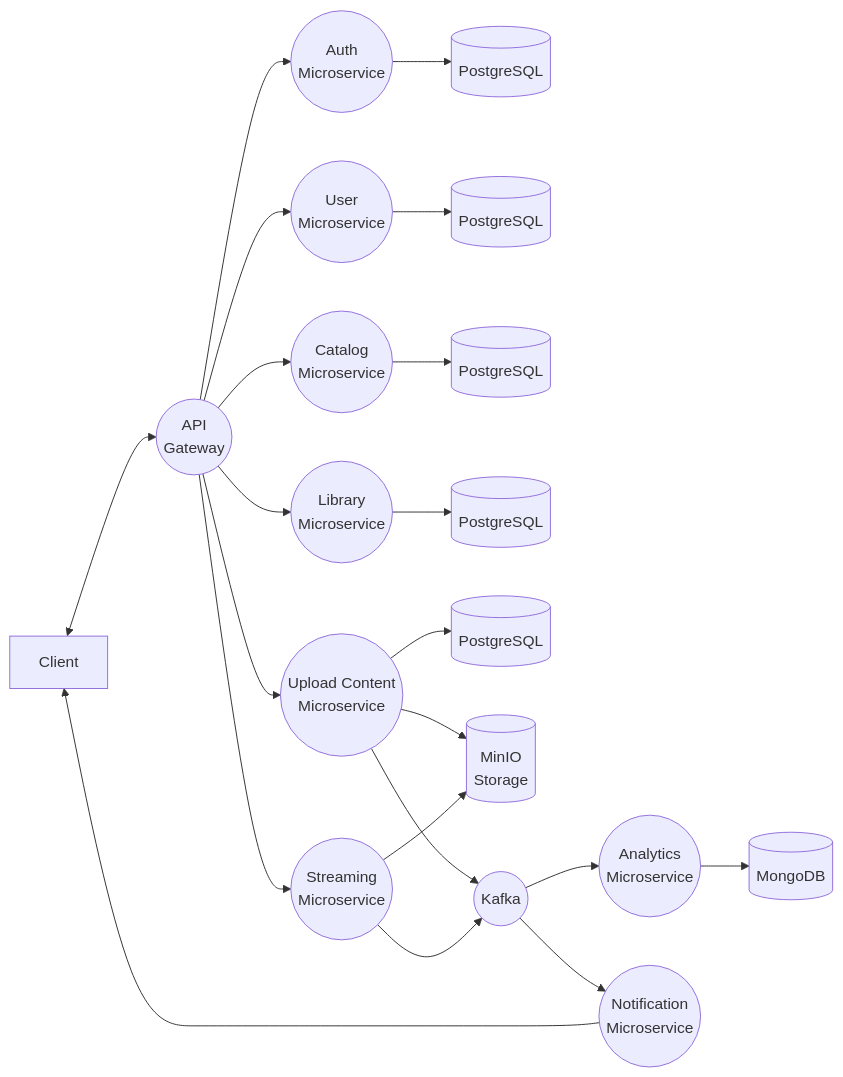
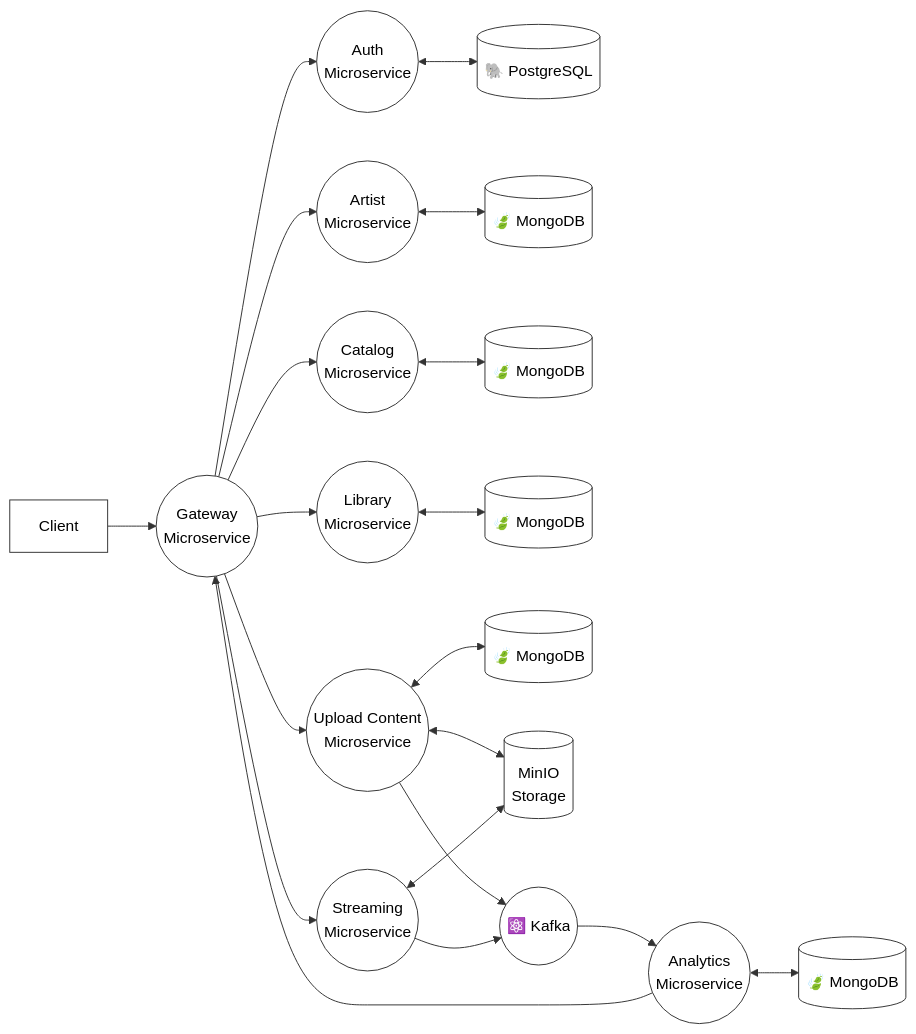
Before and after one commit to BranIonut/Sonus: the first of 5 diagrams in README.md, drawn with Mermaid.

Commit message:
Revise system architecture diagram in README.md
Updated system architecture diagram in README.md to reflect changes in microservices and database connections.

````diff
--- a/README.md
+++ b/README.md
@@ -24,63 +24,57 @@
 ```mermaid
 flowchart LR
-    Client[Client]
-    Gateway((API\nGateway))
+    classDef plain fill:#fff,stroke:#333,stroke-width:1px,color:#000;
     
-    Auth((Auth\nMicroservice))
-    User((User\nMicroservice))
-    Catalog((Catalog\nMicroservice))
-    Library((Library\nMicroservice))
-    Upload((Upload Content\nMicroservice))
-    Streaming((Streaming\nMicroservice))
+    Client[Client]:::plain
+    Gateway((Gateway\nMicroservice)):::plain
     
-    DB_Auth[(PostgreSQL)]
-    DB_User[(PostgreSQL)]
-    DB_Catalog[(PostgreSQL)]
-    DB_Library[(PostgreSQL)]
-    DB_Upload[(PostgreSQL)]
+    Auth((Auth\nMicroservice)):::plain
+    Artist((Artist\nMicroservice)):::plain
+    Catalog((Catalog\nMicroservice)):::plain
+    Library((Library\nMicroservice)):::plain
+    Upload((Upload Content\nMicroservice)):::plain
+    Streaming((Streaming\nMicroservice)):::plain
     
-    MinIO[(MinIO\nStorage)]
-    Kafka((Kafka))
+    DB_Auth[(🐘 PostgreSQL)]:::plain
+    DB_Artist[(🍃 MongoDB)]:::plain
+    DB_Catalog[(🍃 MongoDB)]:::plain
+    DB_Library[(🍃 MongoDB)]:::plain
+    DB_Upload[(🍃 MongoDB)]:::plain
     
-    Analytics((Analytics\nMicroservice))
-    Notification((Notification\nMicroservice))
+    MinIO[(MinIO\nStorage)]:::plain
+    Kafka((⚛️ Kafka)):::plain
     
-    MongoDB[(MongoDB)]
+    Analytics((Analytics\nMicroservice)):::plain
+    DB_Analytics[(🍃 MongoDB)]:::plain
     
     %% Client & Gateway
-    Client <--> Gateway
+    Client --> Gateway
     
     %% Gateway to Microservices
     Gateway --> Auth
-    Gateway --> User
+    Gateway --> Artist
     Gateway --> Catalog
     Gateway --> Library
     Gateway --> Upload
     Gateway --> Streaming
     
-    %% Microservices to their respective DBs
-    Auth --> DB_Auth
-    User --> DB_User
-    Catalog --> DB_Catalog
-    Library --> DB_Library
-    Upload --> DB_Upload
+    %% Microservices to Databases
+    Auth <--> DB_Auth
+    Artist <--> DB_Artist
+    Catalog <--> DB_Catalog
+    Library <--> DB_Library
+    Upload <--> DB_Upload
     
-    %% Upload Content Service flows
-    Upload --> MinIO
+    %% Storage & Messaging
+    Upload <--> MinIO
+    Streaming <--> MinIO
+    
     Upload --> Kafka
-    
-    %% Streaming Service flows
-    Streaming --> MinIO
     Streaming --> Kafka
     
-    %% Kafka to downstream consumers
+    %% Analytics & Loopback
     Kafka --> Analytics
-    Kafka --> Notification
-    
-    %% Analytics to DB
-    Analytics --> MongoDB
-    
-    %% Notification back to Client
-    Notification --> Client
+    Analytics <--> DB_Analytics
+    Analytics --> Gateway
 
 ```
````
